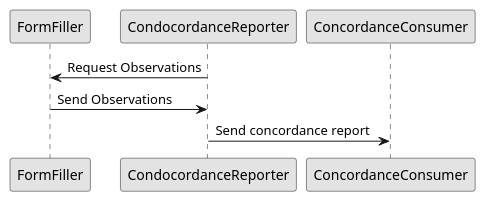
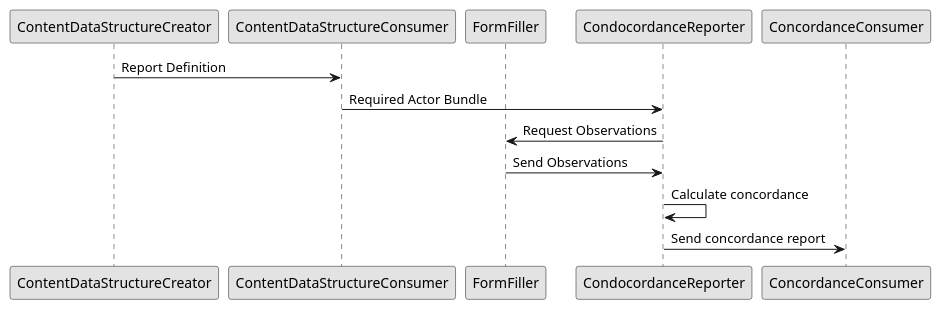
Before and after one commit to goelalex/Rad-Path-Concordance: the diagram in RadPath.plantuml, drawn with PlantUML. The commit also changed 3 other files, not shown here.

```diff
--- a/RadPath.plantuml
+++ b/RadPath.plantuml
@@ -1,10 +1,16 @@
 @startuml
 skinparam monochrome true
+
+participant ContentDataStructureCreator as CDSCre
+participant ContentDataStructureConsumer as CDSCon 
 participant FormFiller as FF
 participant CondocordanceReporter as CR 
 participant ConcordanceConsumer as CC 
+
+CDSCre -> CDSCon: Report Definition
+CDSCon -> CR: Required Actor Bundle
 CR -> FF: Request Observations
 FF -> CR: Send Observations
-'CR -> CR: Calculate concordance 
+CR -> CR: Calculate concordance 
 CR -> CC: Send concordance report 
 @enduml
```
